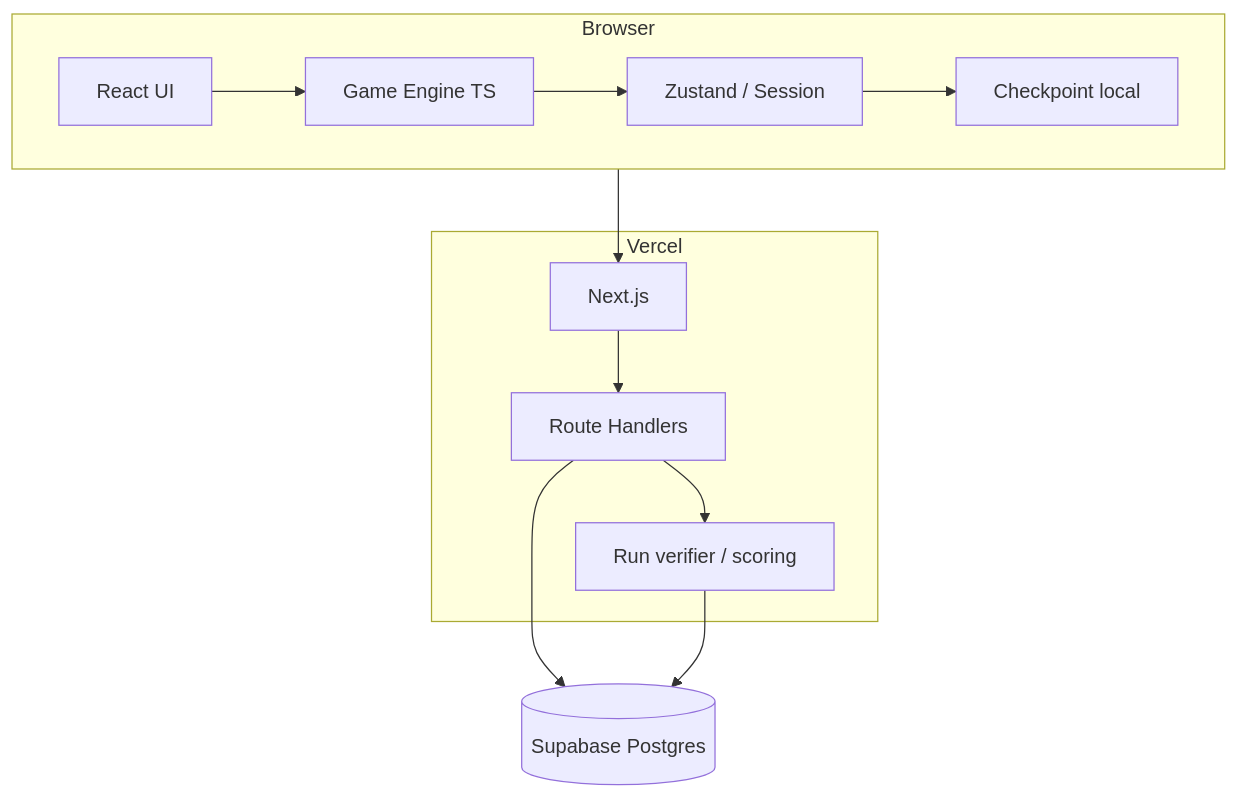
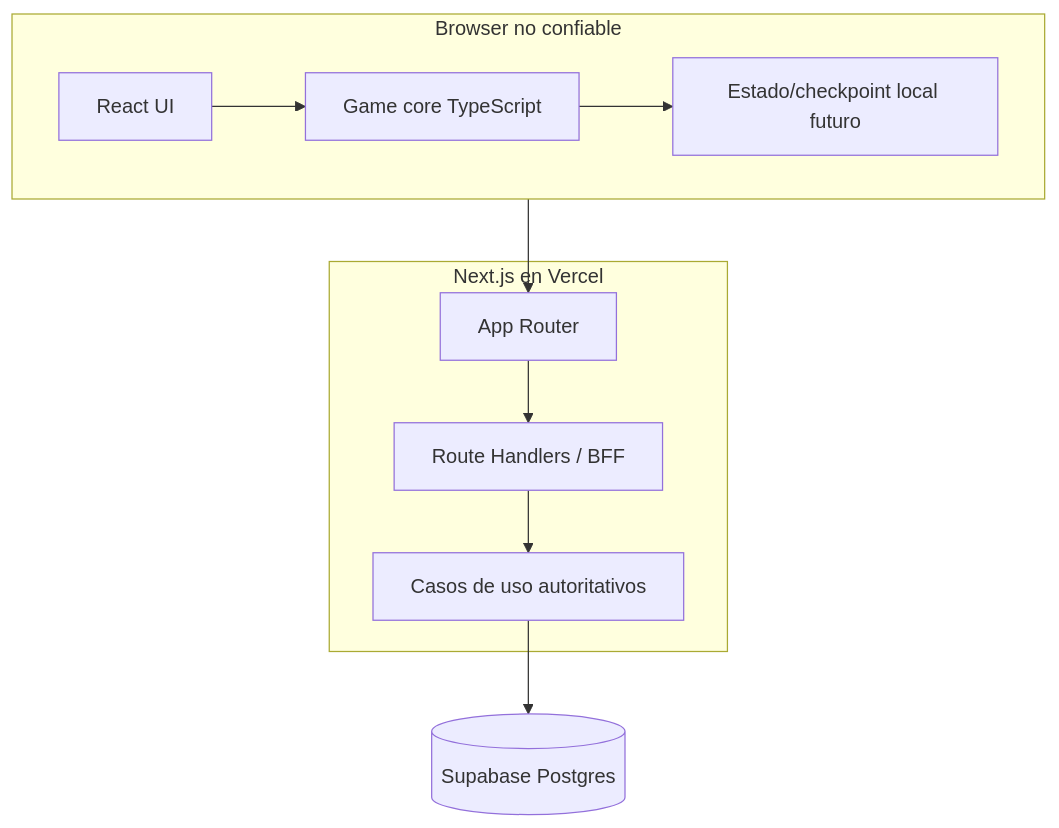
Before and after one commit to gastong256/mono256_egresado-game: the second of 3 diagrams in docs/03-architecture/architecture-overview.md, drawn with Mermaid. The commit also changed other lines of this file and 94 other files, not shown here.

````diff
--- a/docs/03-architecture/architecture-overview.md
+++ b/docs/03-architecture/architecture-overview.md
@@ -39,25 +39,22 @@
 ```mermaid
 flowchart TD
-    subgraph Browser
+    subgraph Browser[Browser no confiable]
       UI[React UI]
-      STORE[Zustand / Session]
-      ENGINE[Game Engine TS]
-      CACHE[Checkpoint local]
+      ENGINE[Game core TypeScript]
+      STATE[Estado/checkpoint local futuro]
       UI --> ENGINE
-      ENGINE --> STORE
-      STORE --> CACHE
+      ENGINE --> STATE
     end
 
-    subgraph Vercel
-      WEB[Next.js]
-      ROUTES[Route Handlers]
-      VERIFY[Run verifier / scoring]
-      WEB --> ROUTES
-      ROUTES --> VERIFY
+    subgraph Runtime[Next.js en Vercel]
+      APP[App Router]
+      ROUTES[Route Handlers / BFF]
+      USECASES[Casos de uso autoritativos]
+      APP --> ROUTES
+      ROUTES --> USECASES
     end
 
     DB[(Supabase Postgres)]
-    Browser --> WEB
-    ROUTES --> DB
-    VERIFY --> DB
+    Browser --> APP
+    USECASES --> DB
 ```
````
